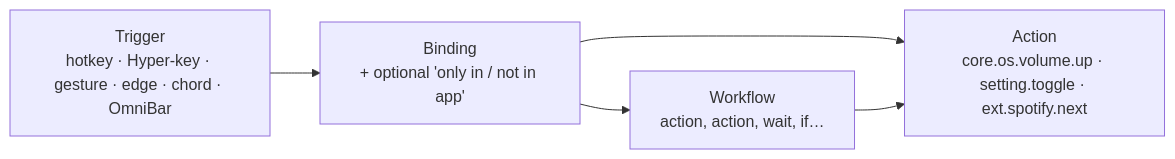
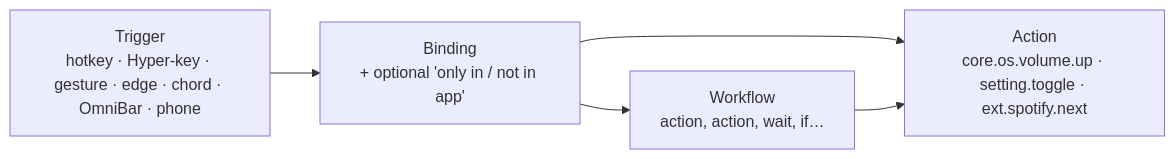
Before and after one commit to aydieojewelry/MouseComb: the first of 2 diagrams in APP_SPEC.md, drawn with Mermaid. The commit also changed other lines of this file and 3 other files, not shown here.

````diff
--- a/APP_SPEC.md
+++ b/APP_SPEC.md
@@ -51,7 +68,7 @@
 ```mermaid
 graph LR
-  T["Trigger<br/>hotkey · Hyper-key · gesture · edge · chord · OmniBar"] --> B["Binding<br/>+ optional 'only in / not in app'"]
+  T["Trigger<br/>hotkey · Hyper-key · gesture · edge · chord · OmniBar · phone"] --> B["Binding<br/>+ optional 'only in / not in app'"]
   B --> A["Action<br/>core.os.volume.up · setting.toggle · ext.spotify.next"]
   B --> W["Workflow<br/>action, action, wait, if…"]
   W --> A
 ```
````
